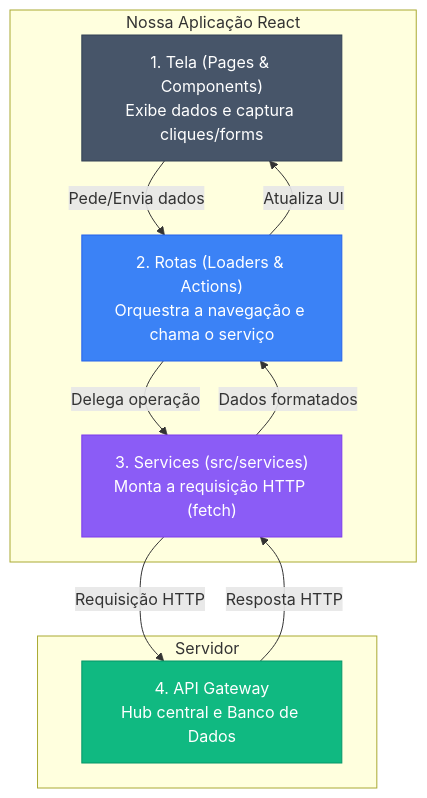
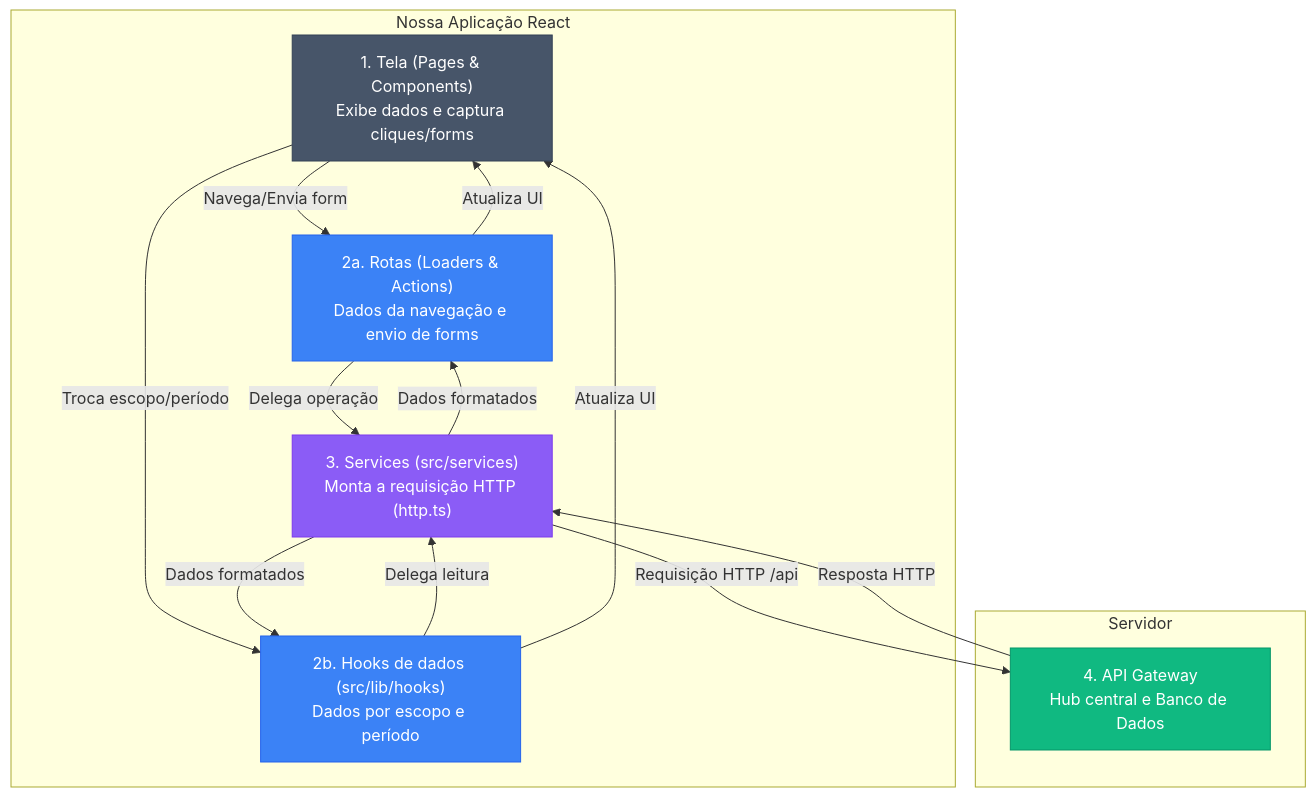
One commit to TCC-Feedback-Analytics/feedback-analytics-web changed the diagram in docs/arquitetura-estrutura.md. Above: the diagram before and after it, drawn with Mermaid. The commit also changed other lines of this file and 9 other files, not shown here.

````diff
--- a/docs/arquitetura-estrutura.md
+++ b/docs/arquitetura-estrutura.md
@@ -13,31 +15,37 @@
 ```mermaid
 graph TD
     subgraph Frontend ["Nossa Aplicação React"]
         UI["1. Tela (Pages & Components)<br/>Exibe dados e captura cliques/forms"]
-        Route["2. Rotas (Loaders & Actions)<br/>Orquestra a navegação e chama o serviço"]
-        Service["3. Services (src/services)<br/>Monta a requisição HTTP (fetch)"]
+        Route["2a. Rotas (Loaders & Actions)<br/>Dados da navegação e envio de forms"]
+        Hook["2b. Hooks de dados (src/lib/hooks)<br/>Dados por escopo e período"]
+        Service["3. Services (src/services)<br/>Monta a requisição HTTP (http.ts)"]
     end
 
     subgraph Backend ["Servidor"]
         Gateway["4. API Gateway<br/>Hub central e Banco de Dados"]
     end
 
     %% Fluxo de ida e volta
-    UI -- "Pede/Envia dados" --> Route
+    UI -- "Navega/Envia form" --> Route
+    UI -- "Troca escopo/período" --> Hook
     Route -- "Delega operação" --> Service
-    Service -- "Requisição HTTP" --> Gateway
+    Hook -- "Delega leitura" --> Service
+    Service -- "Requisição HTTP /api" --> Gateway
     
     Gateway -- "Resposta HTTP" --> Service
     Service -- "Dados formatados" --> Route
+    Service -- "Dados formatados" --> Hook
     Route -- "Atualiza UI" --> UI
+    Hook -- "Atualiza UI" --> UI
 
     classDef ui fill:#475569,stroke:#334155,color:#fff
     classDef route fill:#3b82f6,stroke:#2563eb,color:#fff
     classDef service fill:#8b5cf6,stroke:#7c3aed,color:#fff
     classDef server fill:#10b981,stroke:#059669,color:#fff
     
     class UI ui;
     class Route route;
+    class Hook route;
     class Service service;
     class Gateway server;
 ```
````
